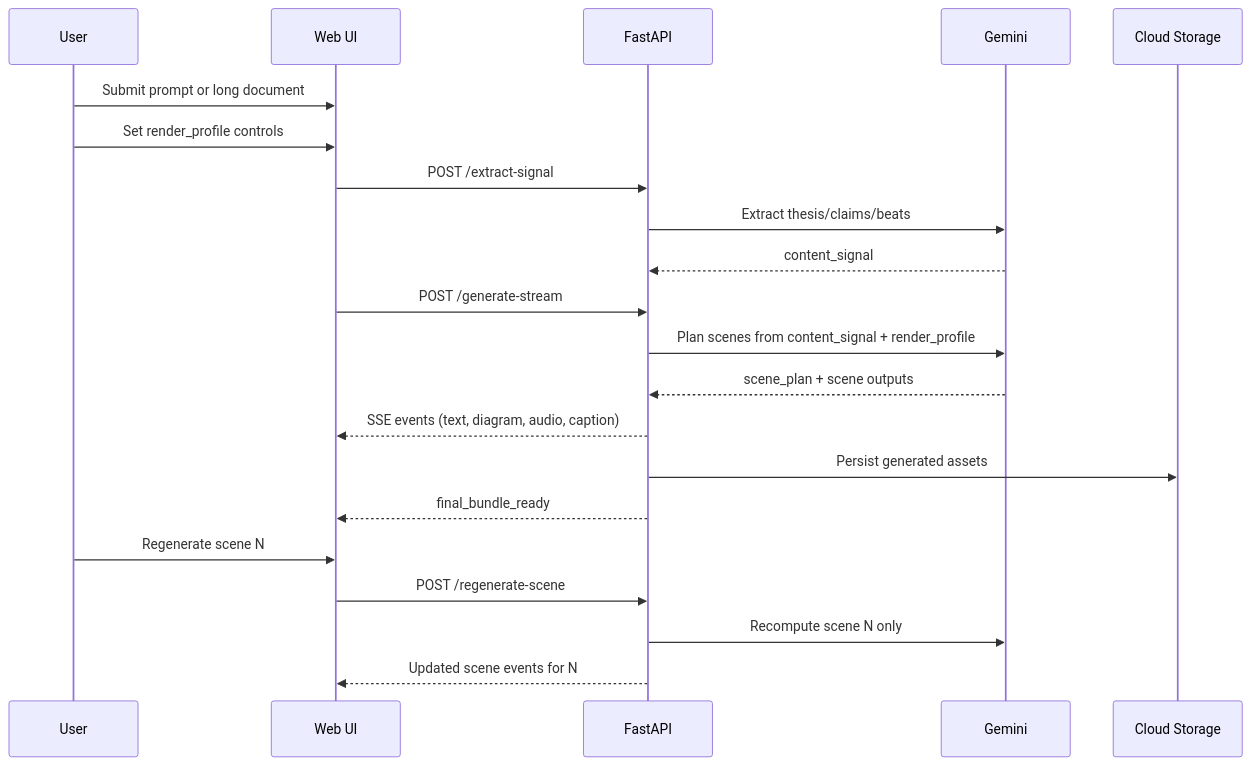
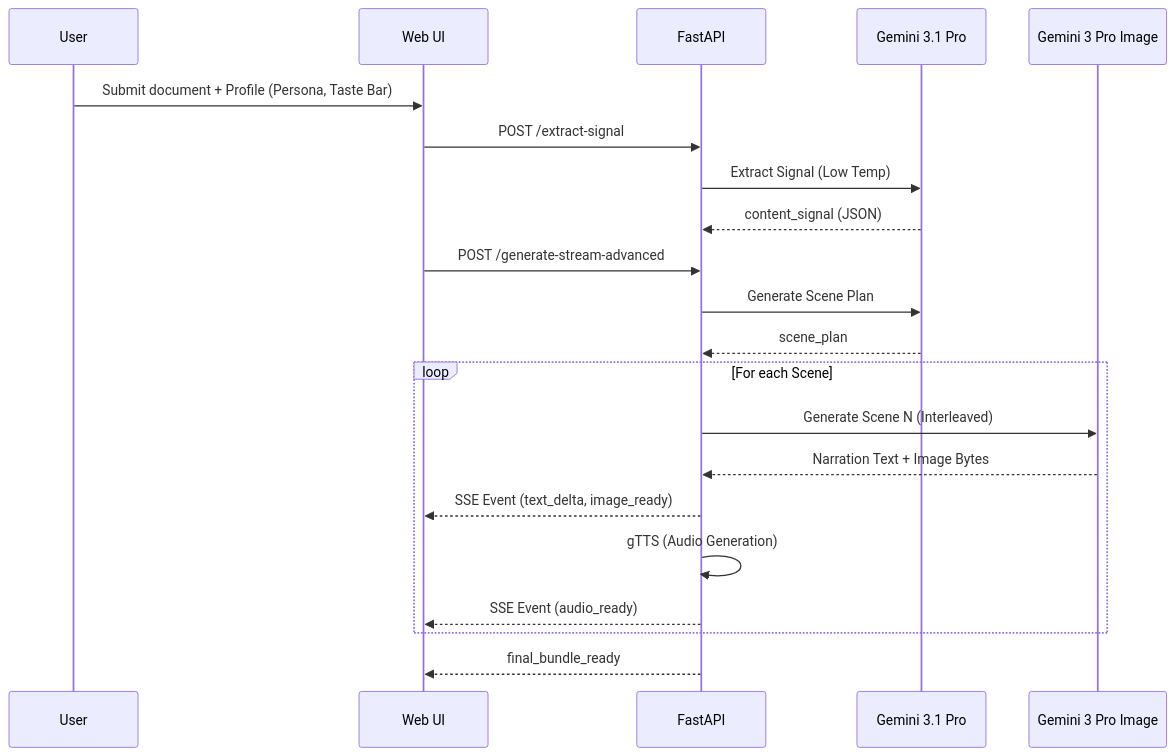
Before and after one commit to Silveroboros-dev/ExplainFlow: the third of 4 diagrams in docs/architecture.md, drawn with Mermaid. The commit also changed other lines of this file and 1 other file, not shown here.

Commit message:
docs: add v1 vs v2 architecture and workflow comparison

````diff
--- a/docs/architecture.md
+++ b/docs/architecture.md
@@ -66,24 +103,24 @@
 ```mermaid
 sequenceDiagram
     participant U as User
     participant W as Web UI
     participant API as FastAPI
-    participant G as Gemini
-    participant S as Cloud Storage
+    participant G31 as Gemini 3.1 Pro
+    participant G3I as Gemini 3 Pro Image
 
-    U->>W: Submit prompt or long document
-    U->>W: Set render_profile controls
+    U->>W: Submit document + Profile (Persona, Taste Bar)
     W->>API: POST /extract-signal
-    API->>G: Extract thesis/claims/beats
-    G-->>API: content_signal
-    W->>API: POST /generate-stream
-    API->>G: Plan scenes from content_signal + render_profile
-    G-->>API: scene_plan + scene outputs
-    API-->>W: SSE events (text, diagram, audio, caption)
-    API->>S: Persist generated assets
+    API->>G31: Extract Signal (Low Temp)
+    G31-->>API: content_signal (JSON)
+    W->>API: POST /generate-stream-advanced
+    API->>G31: Generate Scene Plan
+    G31-->>API: scene_plan
+    loop For each Scene
+        API->>G3I: Generate Scene N (Interleaved)
+        G3I-->>API: Narration Text + Image Bytes
+        API-->>W: SSE Event (text_delta, image_ready)
+        API->>API: gTTS (Audio Generation)
+        API-->>W: SSE Event (audio_ready)
+    end
     API-->>W: final_bundle_ready
-    U->>W: Regenerate scene N
-    W->>API: POST /regenerate-scene
-    API->>G: Recompute scene N only
-    API-->>W: Updated scene events for N
 ```
````
